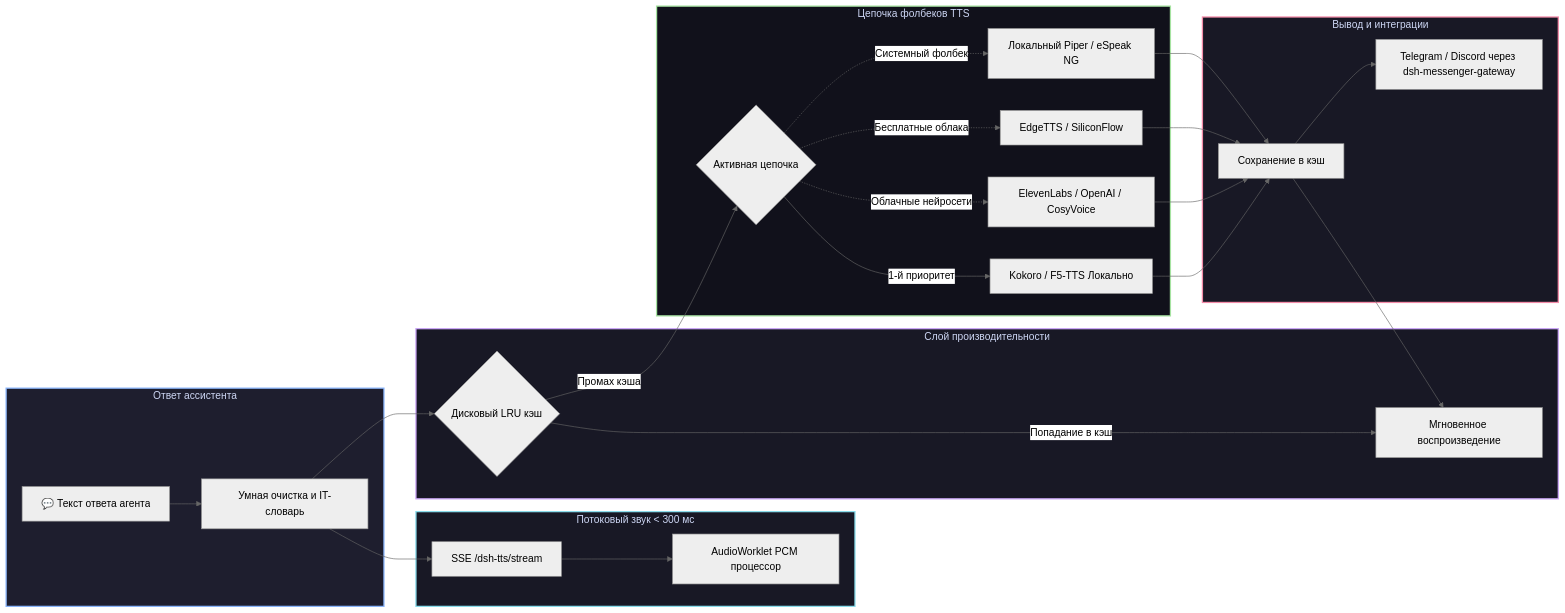
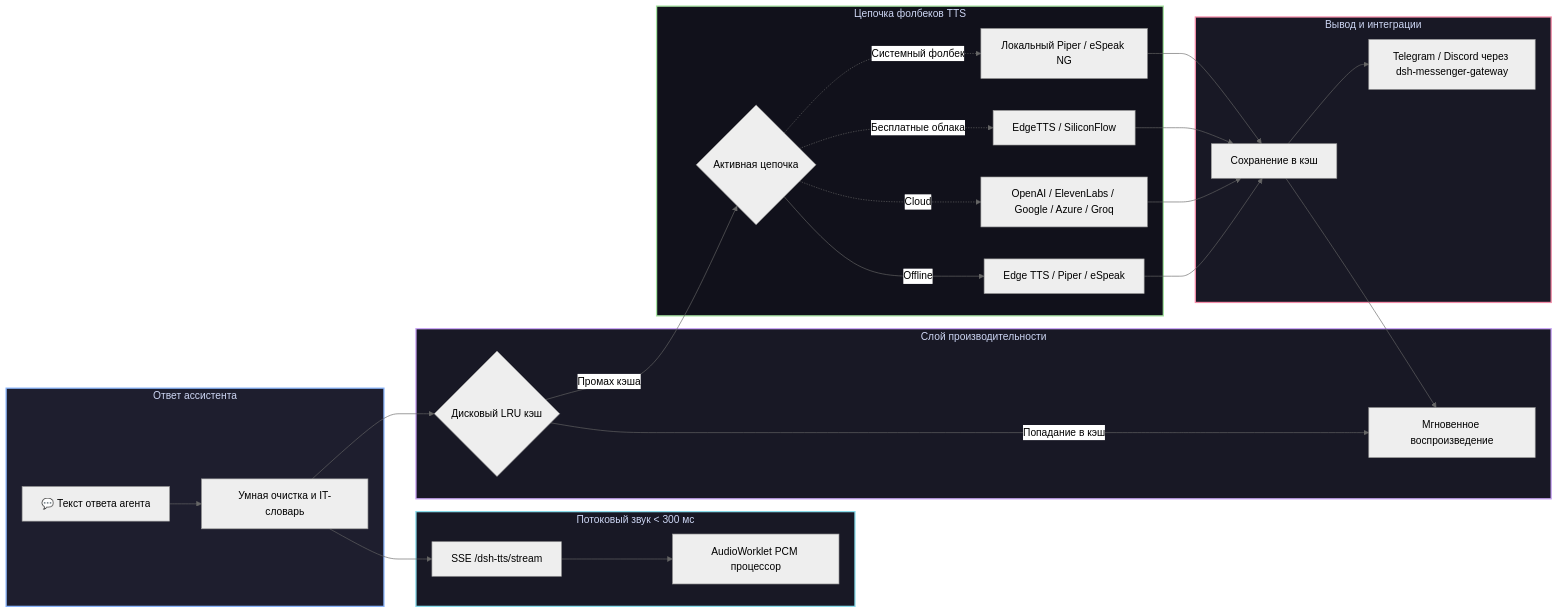
The diagram in README.ru.md (GooDAnDReaDY/dsh-tts), drawn with Mermaid (neutral theme) before and after one commit. The commit also changed other lines of this file and 6 other files, not shown here.

````diff
--- a/README.ru.md
+++ b/README.ru.md
@@ -34,39 +37,39 @@
 ```mermaid
 graph LR
     subgraph Input [Ответ ассистента]
         Reply[💬 Текст ответа агента] --> Scrub[Умная очистка и IT-словарь]
     end
 
     subgraph Stream [Потоковый звук < 300 мс]
         Scrub --> SSE[SSE /dsh-tts/stream]
         SSE --> Worklet[AudioWorklet PCM процессор]
     end
 
     subgraph Cache [Слой производительности]
         Scrub --> LRU{Дисковый LRU кэш}
         LRU -->|Попадание в кэш| Play[Мгновенное воспроизведение]
     end
 
     subgraph Fallback [Цепочка фолбеков TTS]
         LRU -->|Промах кэша| Chain{Активная цепочка}
-        Chain -->|1-й приоритет| P1[Kokoro / F5-TTS Локально]
-        Chain -.->|Облачные нейросети| P2[ElevenLabs / OpenAI / CosyVoice]
+        Chain -->|Offline| P1[Edge TTS / Piper / eSpeak]
+        Chain -.->|Cloud| P2[OpenAI / ElevenLabs / Google / Azure / Groq]
         Chain -.->|Бесплатные облака| P3[EdgeTTS / SiliconFlow]
         Chain -.->|Системный фолбек| P4[Локальный Piper / eSpeak NG]
     end
 
     subgraph Output [Вывод и интеграции]
         P1 --> Store[Сохранение в кэш]
         P2 --> Store
         P3 --> Store
         P4 --> Store
         Store --> Play
         Store --> Msg[Telegram / Discord через dsh-messenger-gateway]
     end
 
     style Input fill:#1e1e2e,stroke:#89b4fa,stroke-width:2px,color:#cdd6f4
     style Stream fill:#181825,stroke:#89dceb,stroke-width:2px,color:#cdd6f4
     style Cache fill:#181825,stroke:#cba6f7,stroke-width:2px,color:#cdd6f4
     style Fallback fill:#11111b,stroke:#a6e3a1,stroke-width:2px,color:#cdd6f4
     style Output fill:#181825,stroke:#f38ba8,stroke-width:2px,color:#cdd6f4
 ```
````
